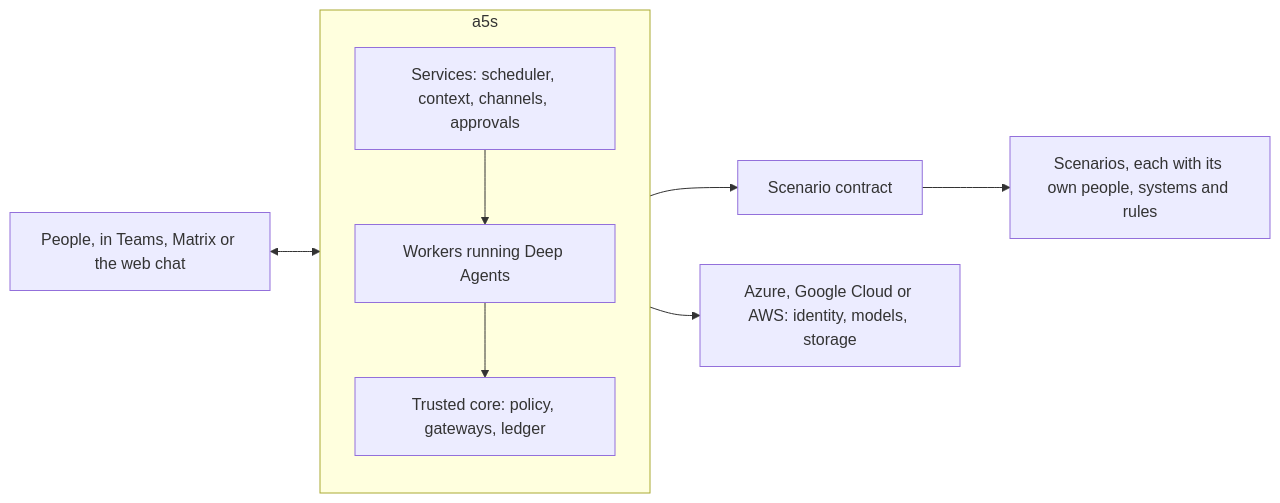
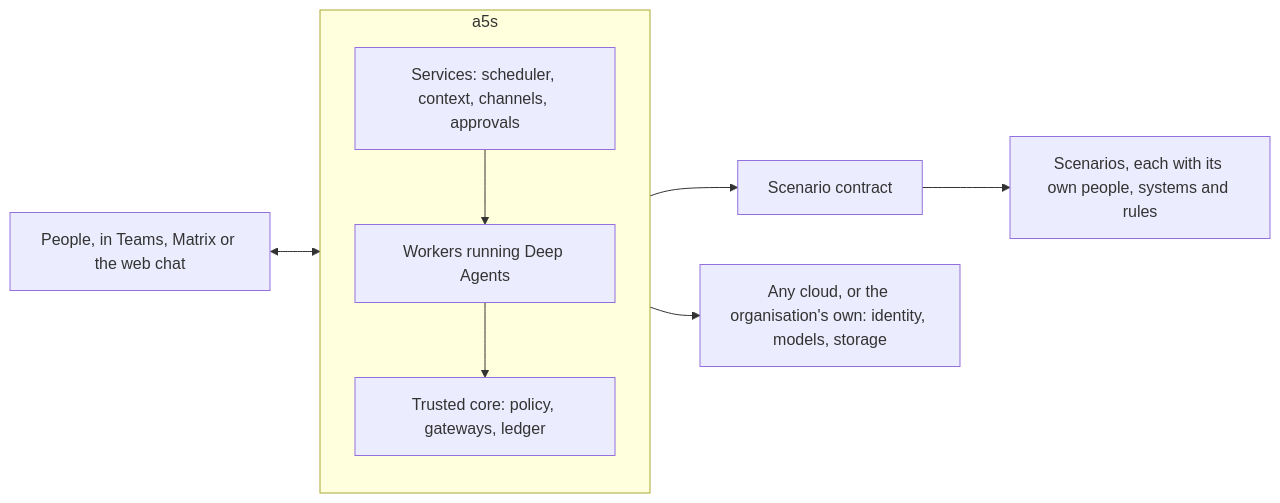
One commit to sreent/a5s changed the diagram in README.md. Above: the diagram before and after it, drawn with Mermaid. The commit also changed other lines of this file and 12 other files, not shown here.

````diff
--- a/README.md
+++ b/README.md
@@ -9,14 +9,14 @@
 ```mermaid
 flowchart LR
   people["People, in Teams, Matrix or the web chat"] <--> services
   subgraph a5s["a5s"]
     direction TB
     services["Services: scheduler, context, channels, approvals"]
     workers["Workers running Deep Agents"]
     core["Trusted core: policy, gateways, ledger"]
     services --> workers --> core
   end
   core --> contract["Scenario contract"]
   contract --> scenarios["Scenarios, each with its own people, systems and rules"]
-  core --> cloud["Azure, Google Cloud or AWS: identity, models, storage"]
+  core --> cloud["Any cloud, or the organisation's own: identity, models, storage"]
 ```
````
